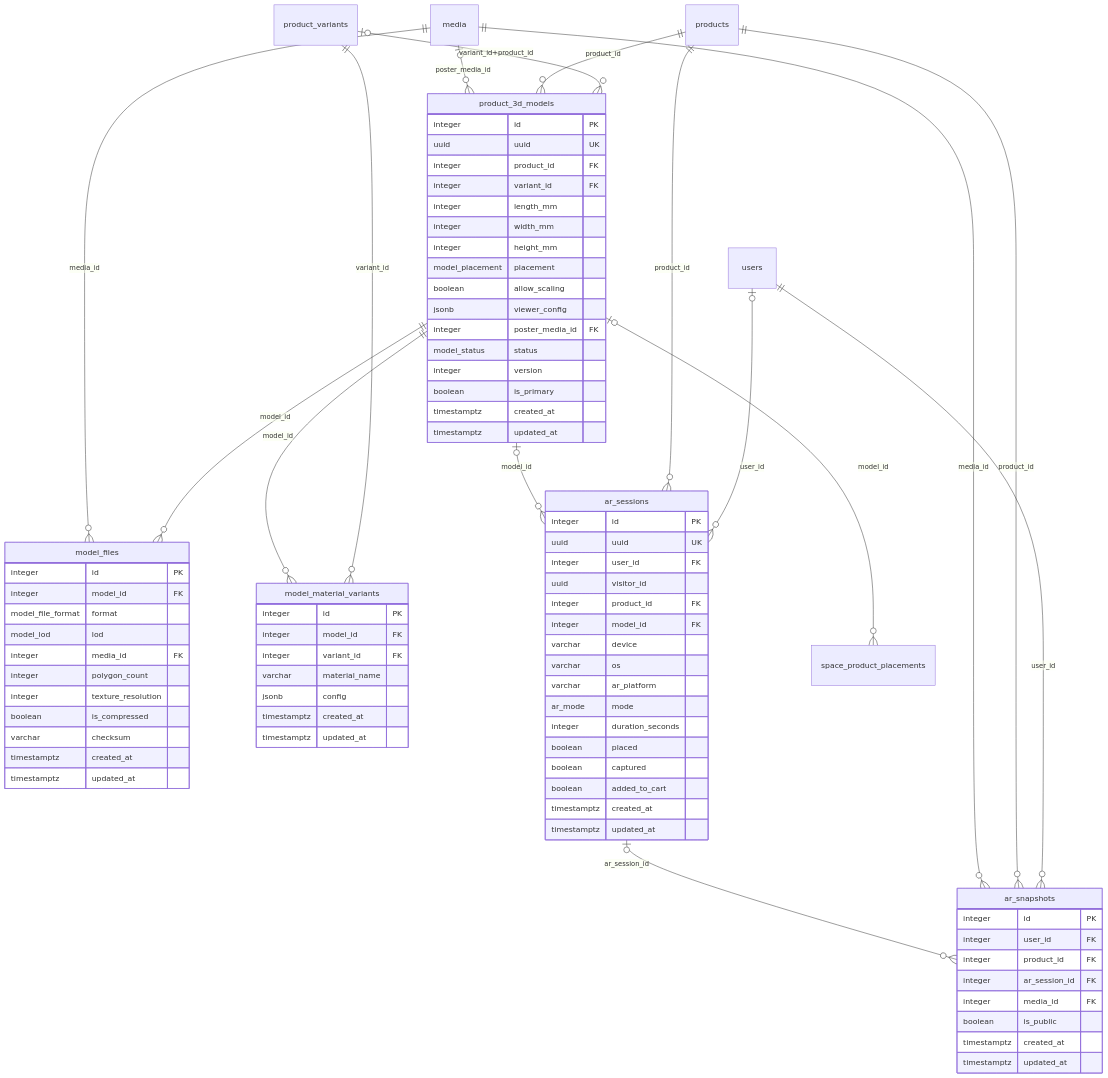
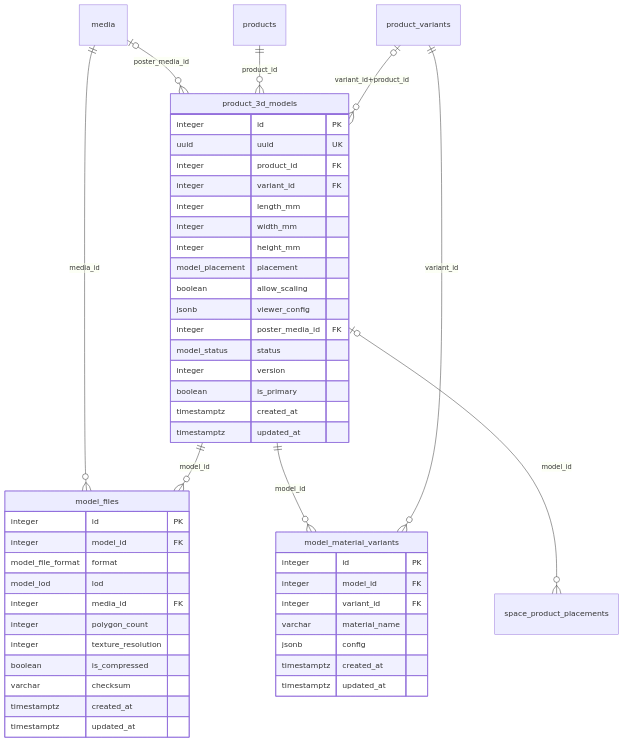
One commit to 2431540234-arch/XDUDTMDT changed the fifth of 8 diagrams in docs/DATABASE_SCHEMA.md. Above: the diagram before and after it, drawn with Mermaid. The commit also changed other lines of this file and 30 other files, not shown here.

First line of the commit message:
docs: cap nhat DAC_TA, DECISIONS, schema va tai lieu chuan theo quyet dinh moi

```diff
--- a/docs/DATABASE_SCHEMA.md
+++ b/docs/DATABASE_SCHEMA.md
@@ -1373,41 +1321,6 @@
         timestamptz created_at
         timestamptz updated_at
     }
-    ar_sessions {
-        integer id PK
-        uuid uuid UK
-        integer user_id FK
-        uuid visitor_id
-        integer product_id FK
-        integer model_id FK
-        varchar device
-        varchar os
-        varchar ar_platform
-        ar_mode mode
-        integer duration_seconds
-        boolean placed
-        boolean captured
-        boolean added_to_cart
-        timestamptz created_at
-        timestamptz updated_at
-    }
-    ar_snapshots {
-        integer id PK
-        integer user_id FK
-        integer product_id FK
-        integer ar_session_id FK
-        integer media_id FK
-        boolean is_public
-        timestamptz created_at
-        timestamptz updated_at
-    }
-    product_3d_models |o--o{ ar_sessions : "model_id"
-    products ||--o{ ar_sessions : "product_id"
-    users |o--o{ ar_sessions : "user_id"
-    ar_sessions |o--o{ ar_snapshots : "ar_session_id"
-    media ||--o{ ar_snapshots : "media_id"
-    products ||--o{ ar_snapshots : "product_id"
-    users ||--o{ ar_snapshots : "user_id"
     media ||--o{ model_files : "media_id"
     product_3d_models ||--o{ model_files : "model_id"
     product_3d_models ||--o{ model_material_variants : "model_id"
```
